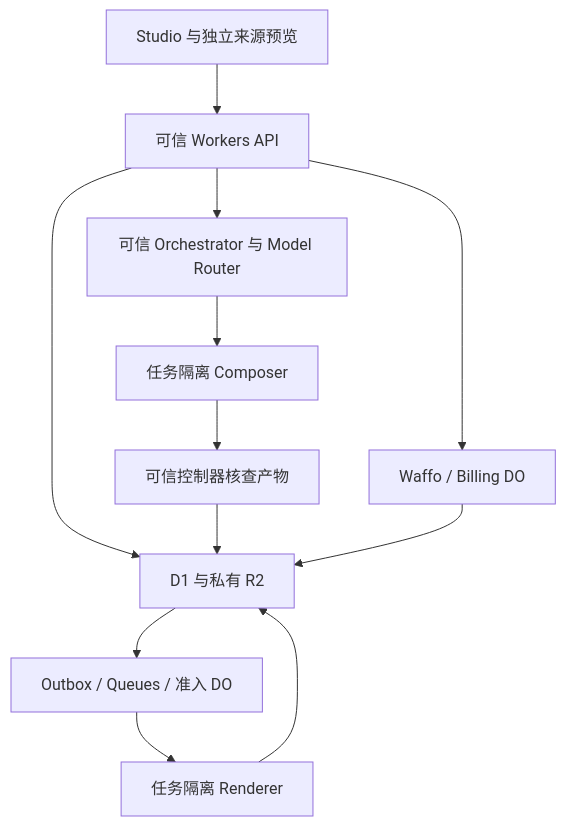
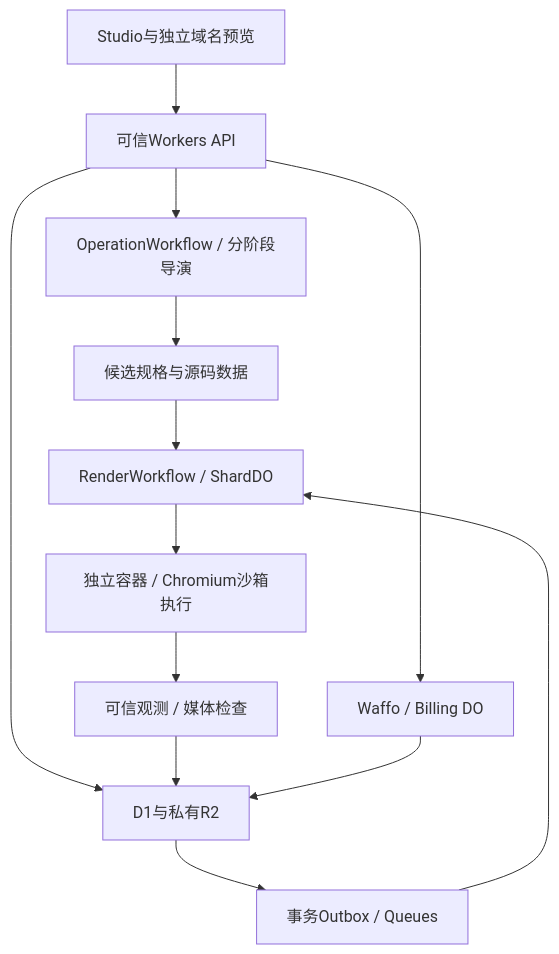
The diagram in docs/prd/04-architecture-and-data.md (ten2ten2/promobento), drawn with Mermaid before and after one commit. The commit also changed other lines of this file and 25 other files, not shown here.

````diff
--- a/docs/prd/04-architecture-and-data.md
+++ b/docs/prd/04-architecture-and-data.md
@@ -20,14 +20,15 @@
 ```mermaid
 flowchart TD
-  UI[Studio 与独立来源预览] --> API[可信 Workers API]
-  API --> DATA[D1 与私有 R2]
-  API --> AGENT[可信 Orchestrator 与 Model Router]
-  AGENT --> BOX[任务隔离 Composer]
-  BOX --> CHECK[可信控制器核查产物]
+  UI[Studio与独立域名预览] --> API[可信Workers API]
+  API --> DIRECTOR[OperationWorkflow / 分阶段导演]
+  API --> DATA[D1与私有R2]
+  DIRECTOR --> SOURCE[候选规格与源码数据]
+  SOURCE --> RENDER[RenderWorkflow / ShardDO]
+  RENDER --> BOX[独立容器 / Chromium沙箱执行]
+  BOX --> CHECK[可信观测 / 媒体检查]
   CHECK --> DATA
-  DATA --> QUEUE[Outbox / Queues / 准入 DO]
-  QUEUE --> RENDER[任务隔离 Renderer]
-  RENDER --> DATA
+  DATA --> QUEUE[事务Outbox / Queues]
+  QUEUE --> RENDER
   API --> PAY[Waffo / Billing DO]
   PAY --> DATA
 ```
````
